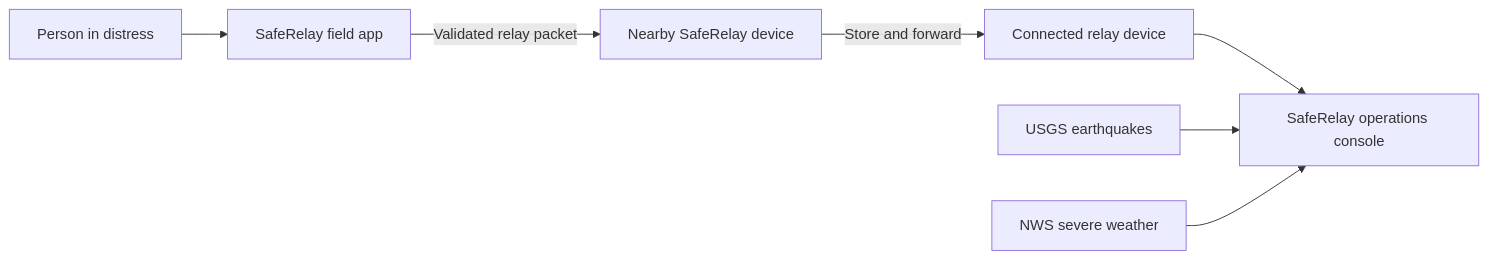
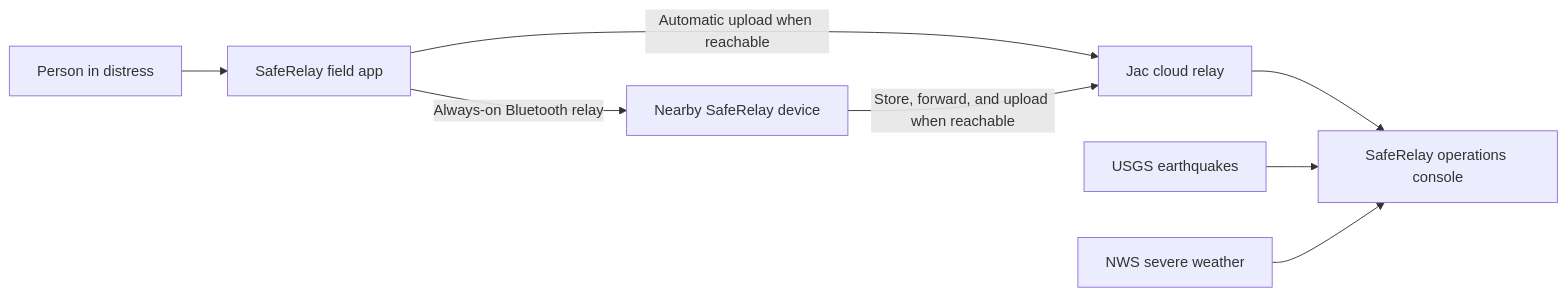
The diagram in README.md (rishabhcli/SafeRelay), drawn with Mermaid before and after one commit. The commit also changed other lines of this file and 3 other files, not shown here.

First line of the commit message:
Sync docs for cloud relay ingest and current architecture

````diff
--- a/README.md
+++ b/README.md
@@ -22,9 +22,10 @@
 ```mermaid
 flowchart LR
     PERSON["Person in distress"] --> PHONE_A["SafeRelay field app"]
-    PHONE_A -->|"Validated relay packet"| PHONE_B["Nearby SafeRelay device"]
-    PHONE_B -->|"Store and forward"| CONNECTED["Connected relay device"]
-    CONNECTED --> CONSOLE["SafeRelay operations console"]
+    PHONE_A -->|"Always-on Bluetooth relay"| PHONE_B["Nearby SafeRelay device"]
+    PHONE_A -->|"Automatic upload when reachable"| CLOUD["Jac cloud relay"]
+    PHONE_B -->|"Store, forward, and upload when reachable"| CLOUD
+    CLOUD --> CONSOLE["SafeRelay operations console"]
     USGS["USGS earthquakes"] --> CONSOLE
     NWS["NWS severe weather"] --> CONSOLE
 ```
````
